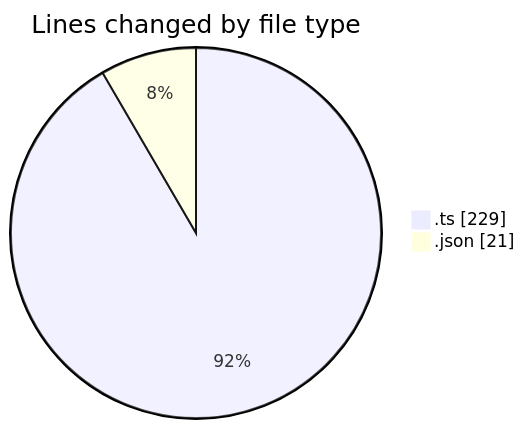
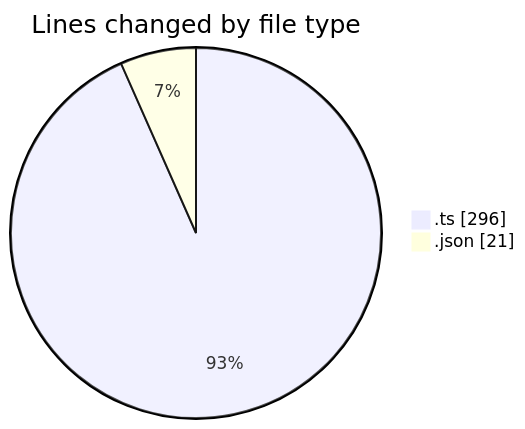
One commit to EIIisD/code-tracking changed the first of 2 diagrams in 2025-08-26/mcp-web/README.md. Above: the diagram before and after it, drawn with Mermaid. The commit also changed other lines of this file and 1 other file, not shown here.

````diff
--- a/2025-08-26/mcp-web/README.md
+++ b/2025-08-26/mcp-web/README.md
@@ -21,6 +21,6 @@
 ```mermaid
 pie showData
 title Lines changed by file type
-".ts" : 229
+".ts" : 296
 ".json" : 21
 ```
````
